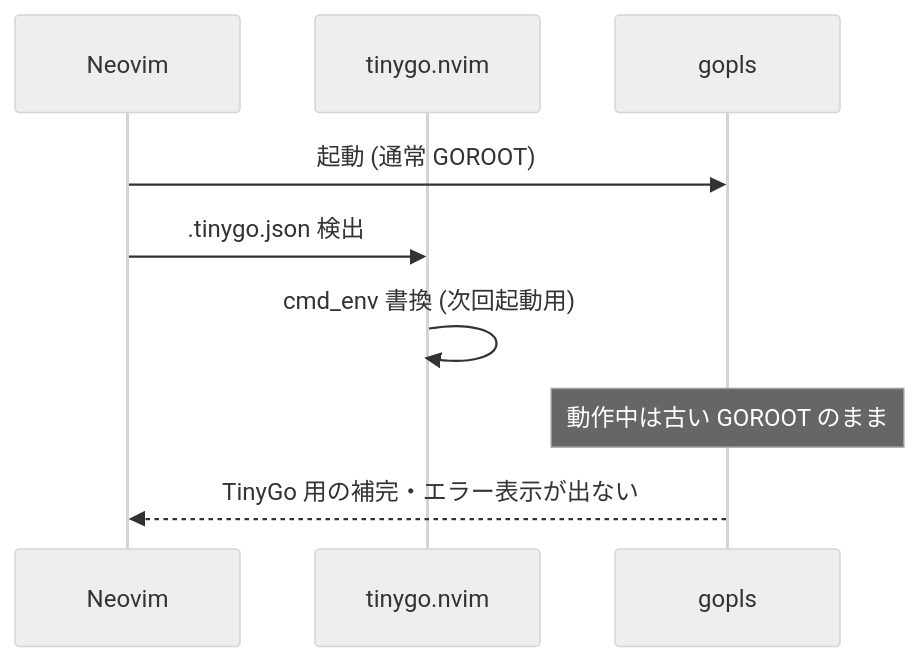
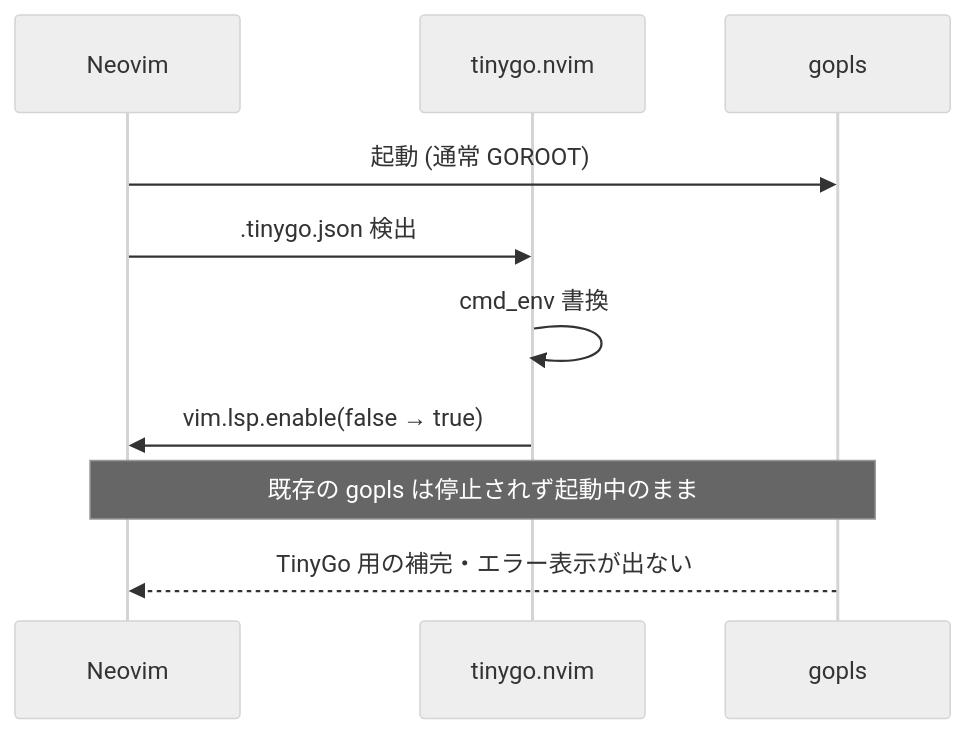
Before and after one commit to rin2yh/blog: the first of 2 diagrams in content/post/tinygo-vim-migration-zqvk3n8dxr4jm7/index.md, drawn with Mermaid (neutral theme). The commit also changed other lines of this file, not shown here.

````diff
--- a/content/post/tinygo-vim-migration-zqvk3n8dxr4jm7/index.md
+++ b/content/post/tinygo-vim-migration-zqvk3n8dxr4jm7/index.md
@@ -87,11 +89,12 @@
 ```mermaid
 sequenceDiagram
     participant Nvim as Neovim
     participant Plugin as tinygo.nvim
     participant Gopls as gopls
     Nvim->>Gopls: 起動 (通常 GOROOT)
     Nvim->>Plugin: .tinygo.json 検出
-    Plugin->>Plugin: cmd_env 書換 (次回起動用)
-    Note over Gopls: 動作中は古い GOROOT のまま
+    Plugin->>Plugin: cmd_env 書換
+    Plugin->>Nvim: vim.lsp.enable(false → true)
+    Note over Nvim,Gopls: 既存の gopls は停止されず起動中のまま
     Gopls-->>Nvim: TinyGo 用の補完・エラー表示が出ない
 ```
````
